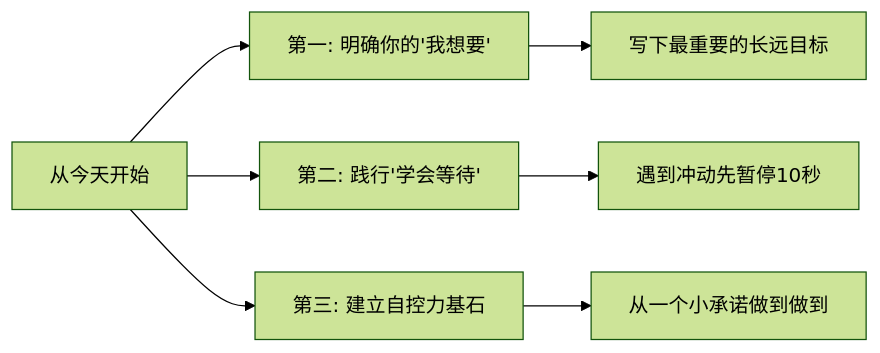
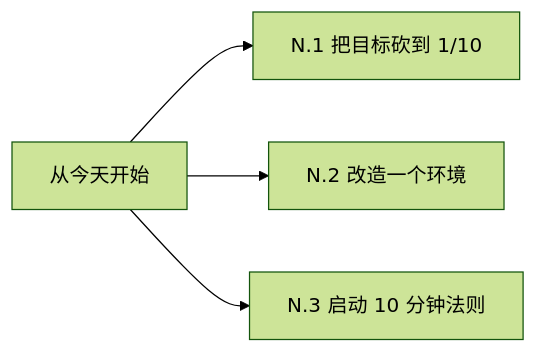
One commit to chongyang211/YCBookBlog changed the seventh of 7 diagrams in 10.打工充平常记录/10.自我精进七课/07.底层思维的训练/7.2自我自控的调节.md. Above: the diagram before and after it, drawn with Mermaid (forest theme). The commit also changed other lines of this file and 55 other files, not shown here.

````diff
--- a/10.打工充平常记录/10.自我精进七课/07.底层思维的训练/7.2自我自控的调节.md
+++ b/10.打工充平常记录/10.自我精进七课/07.底层思维的训练/7.2自我自控的调节.md
@@ -387,9 +256,6 @@
 ```mermaid
 graph LR
-    A[从今天开始] --> B[第一: 明确你的'我想要']
-    A --> C[第二: 践行'学会等待']
-    A --> D[第三: 建立自控力基石]
-    B --> B1[写下最重要的长远目标]
-    C --> C1[遇到冲动先暂停10秒]
-    D --> D1[从一个小承诺做到做到]
+    A[从今天开始] --> B[N.1 把目标砍到 1/10]
+    A --> C[N.2 改造一个环境]
+    A --> D[N.3 启动 10 分钟法则]
 ```
````
